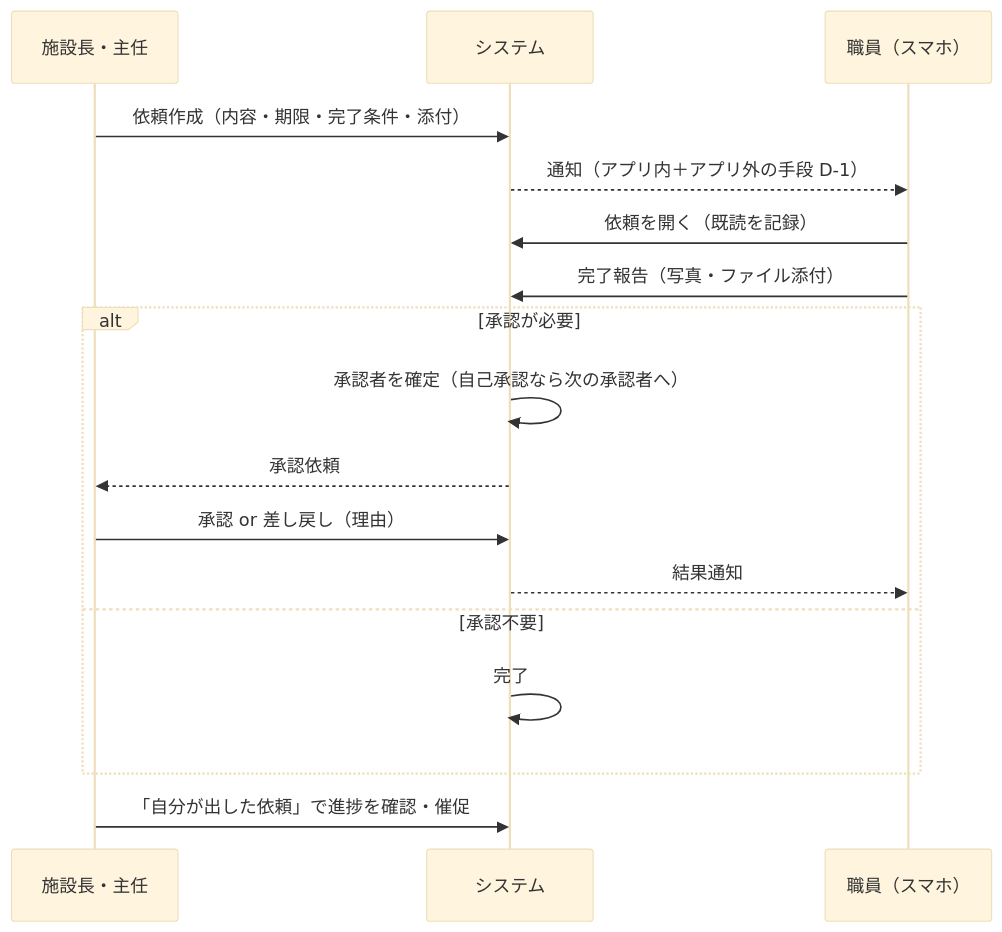
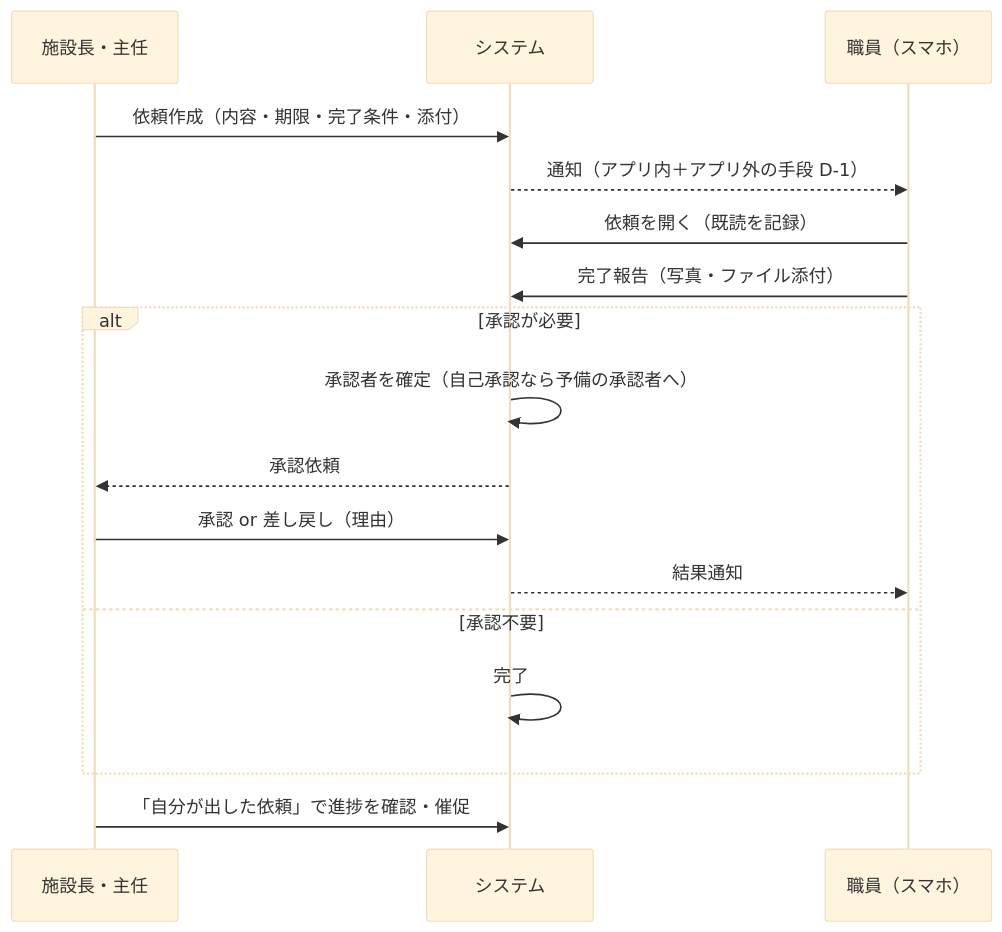
The third of 11 diagrams in ai-facility-partner/docs/product/user-flows.md (mao726/company), drawn with Mermaid (base theme) before and after one commit. The commit also changed other lines of this file and 15 other files, not shown here.

````diff
--- a/ai-facility-partner/docs/product/user-flows.md
+++ b/ai-facility-partner/docs/product/user-flows.md
@@ -40,19 +40,19 @@
 ```mermaid
 sequenceDiagram
   participant D as 施設長・主任
   participant S as システム
   participant St as 職員（スマホ）
   D->>S: 依頼作成（内容・期限・完了条件・添付）
   S-->>St: 通知（アプリ内＋アプリ外の手段 D-1）
   St->>S: 依頼を開く（既読を記録）
   St->>S: 完了報告（写真・ファイル添付）
   alt 承認が必要
-    S->>S: 承認者を確定（自己承認なら次の承認者へ）
+    S->>S: 承認者を確定（自己承認なら予備の承認者へ）
     S-->>D: 承認依頼
     D->>S: 承認 or 差し戻し（理由）
     S-->>St: 結果通知
   else 承認不要
     S->>S: 完了
   end
   D->>S: 「自分が出した依頼」で進捗を確認・催促
 ```
````
